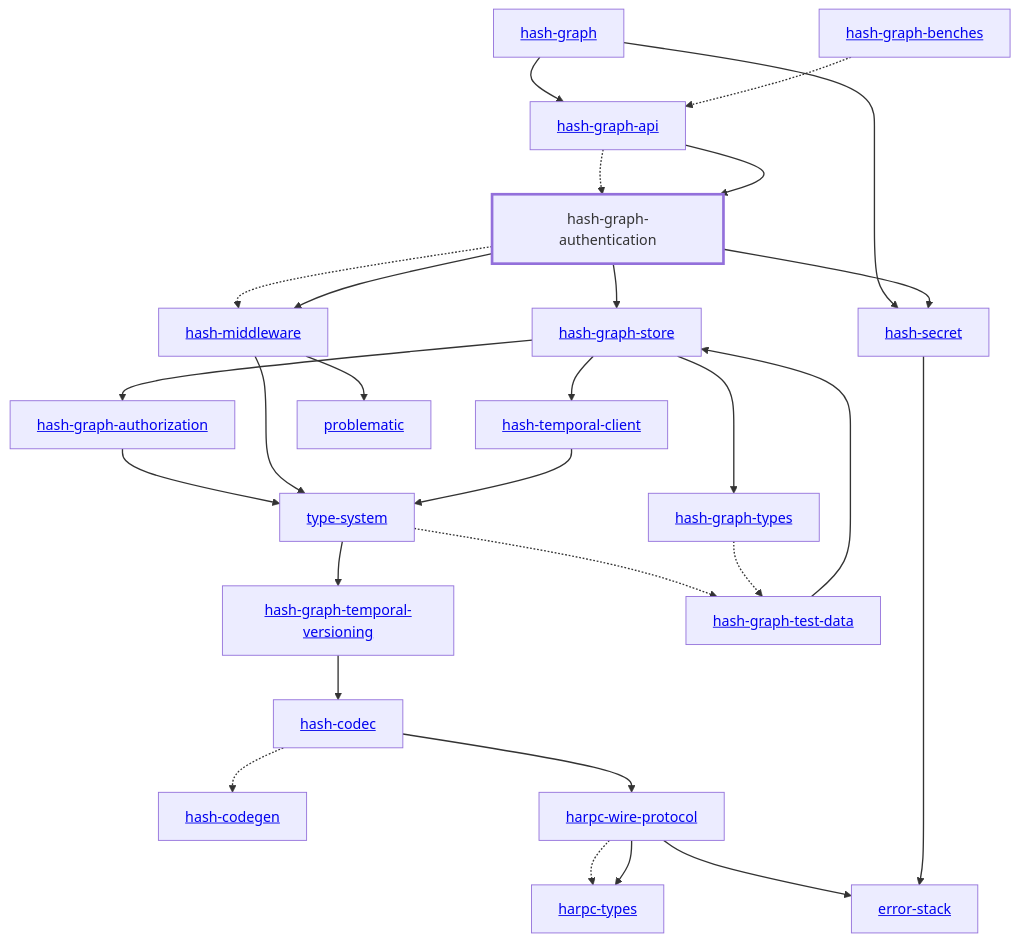
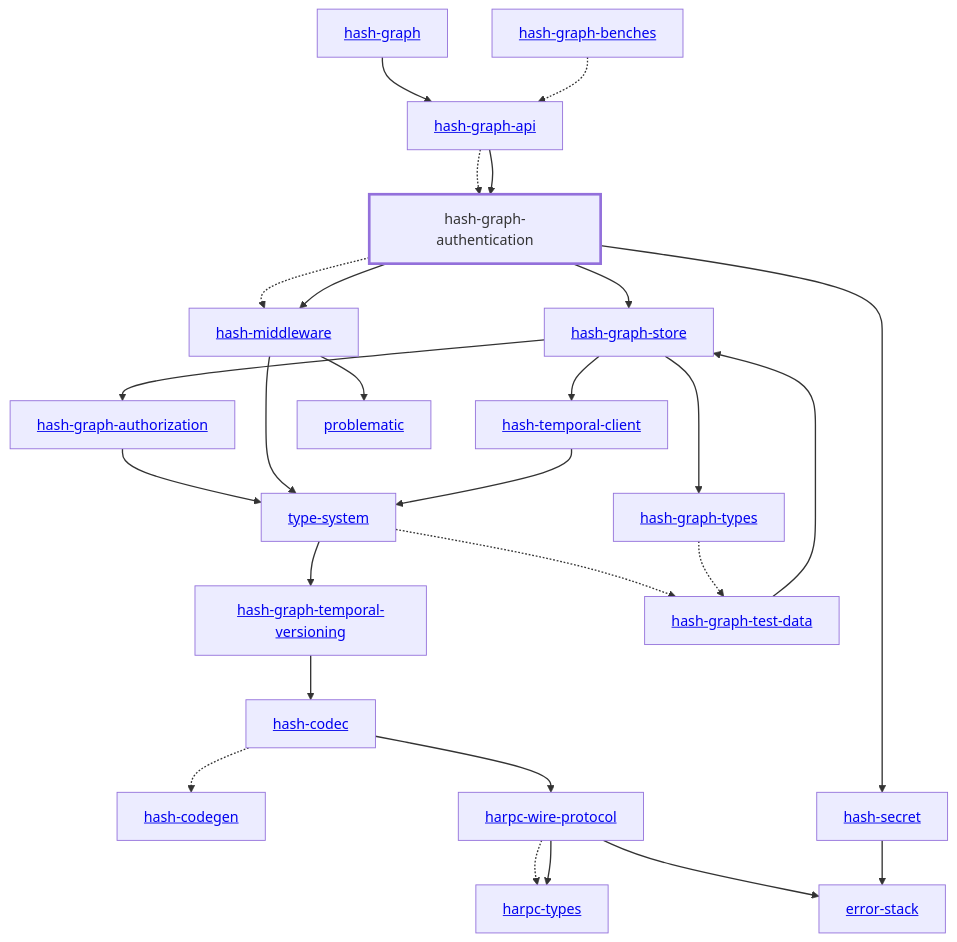
Before and after one commit to hashintel/hash: the diagram in libs/@local/graph/authentication/docs/dependency-diagram.mmd, drawn with Mermaid. The commit also changed 10 other files, not shown here.

```diff
--- a/libs/@local/graph/authentication/docs/dependency-diagram.mmd
+++ b/libs/@local/graph/authentication/docs/dependency-diagram.mmd
@@ -1,57 +1,56 @@
 graph TD
     linkStyle default stroke-width:1.5px
     classDef default stroke-width:1px
     classDef root stroke-width:3px
     classDef dev stroke-width:1px
     classDef build stroke-width:1px
     %% Legend
     %% --> : Normal dependency
     %% -.-> : Dev dependency
     %% ---> : Build dependency
     0[<a href="../hash_graph/index.html">hash-graph</a>]
     1[<a href="../type_system/index.html">type-system</a>]
     2[<a href="../hash_codec/index.html">hash-codec</a>]
     3[<a href="../hash_codegen/index.html">hash-codegen</a>]
     4[<a href="../hash_graph_api/index.html">hash-graph-api</a>]
     5[hash-graph-authentication]
     class 5 root
     6[<a href="../hash_graph_authorization/index.html">hash-graph-authorization</a>]
     7[<a href="../hash_graph_store/index.html">hash-graph-store</a>]
     8[<a href="../hash_graph_temporal_versioning/index.html">hash-graph-temporal-versioning</a>]
     9[<a href="../hash_graph_types/index.html">hash-graph-types</a>]
     10[<a href="../harpc_types/index.html">harpc-types</a>]
     11[<a href="../harpc_wire_protocol/index.html">harpc-wire-protocol</a>]
     12[<a href="../hash_middleware/index.html">hash-middleware</a>]
     13[<a href="../hash_secret/index.html">hash-secret</a>]
     14[<a href="../hash_temporal_client/index.html">hash-temporal-client</a>]
     15[<a href="../error_stack/index.html">error-stack</a>]
     16[<a href="../problematic/index.html">problematic</a>]
     17[<a href="../hash_graph_benches/index.html">hash-graph-benches</a>]
     18[<a href="../hash_graph_test_data/index.html">hash-graph-test-data</a>]
     0 --> 4
-    0 --> 13
     1 --> 8
     1 -.-> 18
     2 -.-> 3
     2 --> 11
     4 -.-> 5
     4 --> 5
     5 --> 7
     5 -.-> 12
     5 --> 12
     5 --> 13
     6 --> 1
     7 --> 6
     7 --> 9
     7 --> 14
     8 --> 2
     9 -.-> 18
     11 -.-> 10
     11 --> 10
     11 --> 15
     12 --> 1
     12 --> 16
     13 --> 15
     14 --> 1
     17 -.-> 4
     18 --> 7
```
